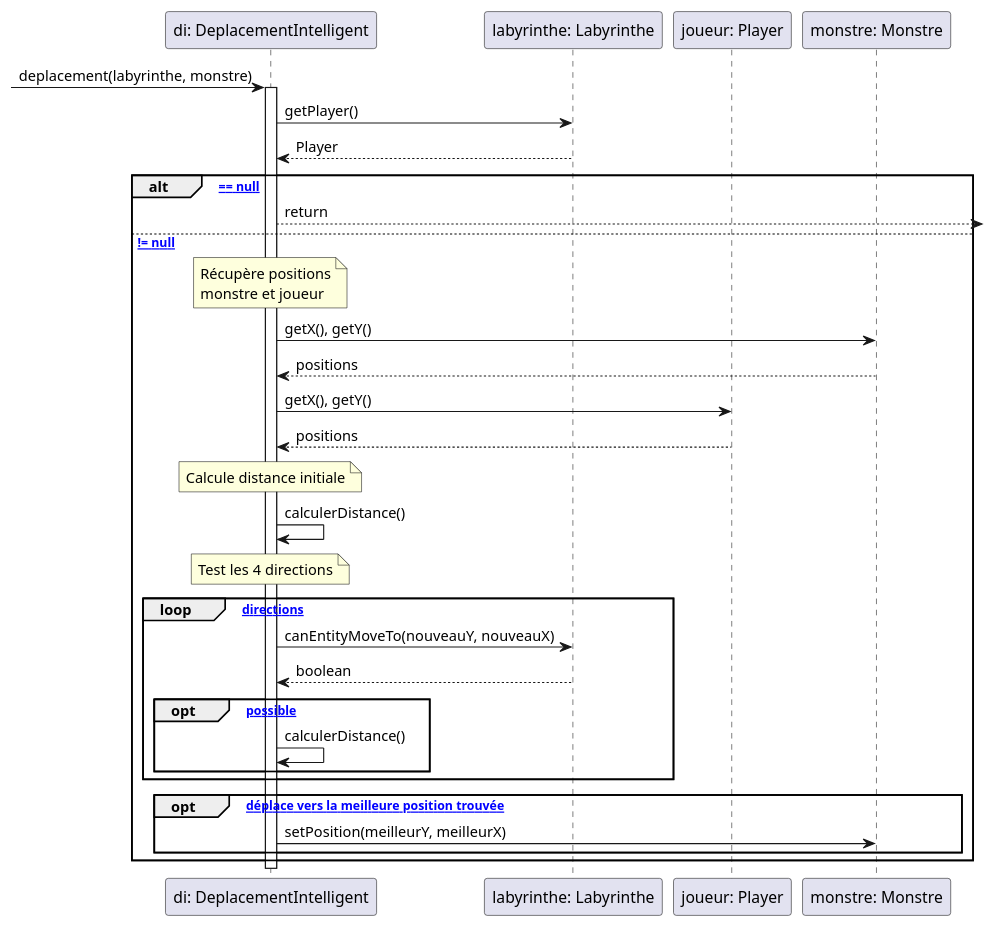
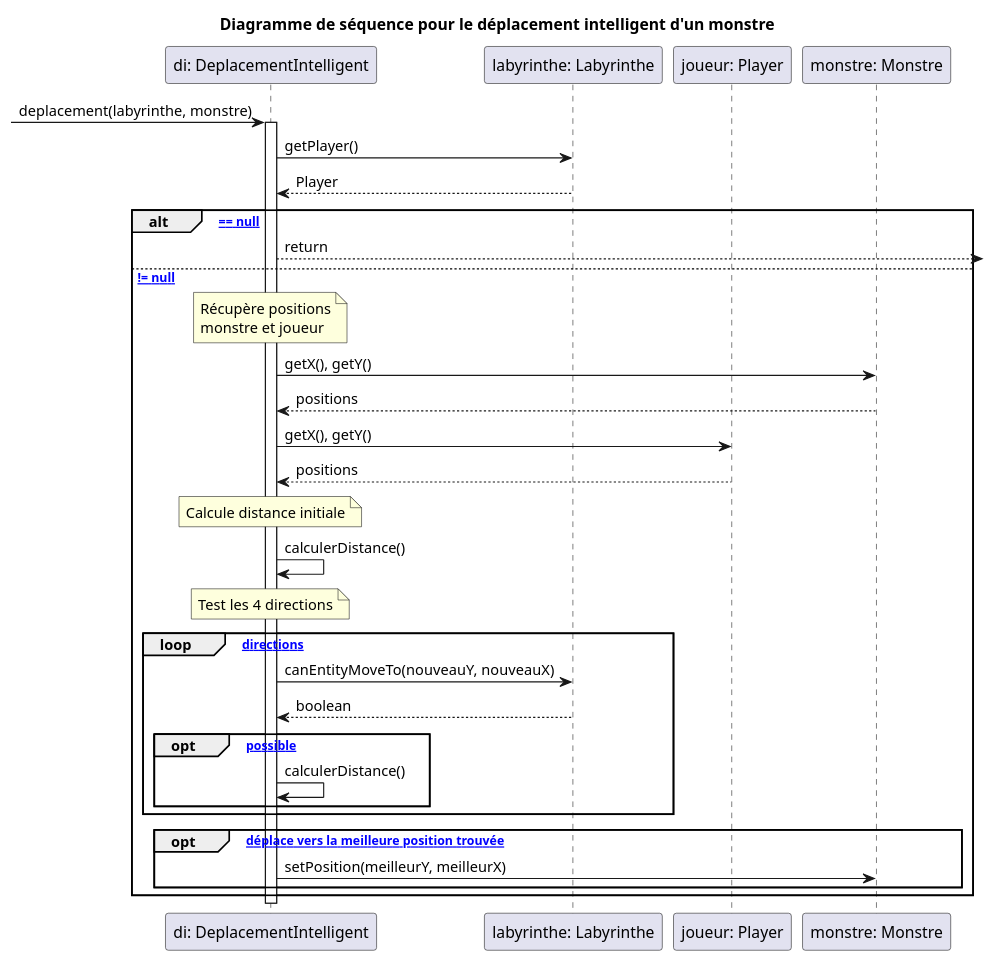
The diagram in zeldiablo/documents/iteration-3/diagrammes/deplacement/diagramme-sequence-deplacement-intelligent.puml (zonetecde/BUT_S2_2025_Zeldiablo_e22359u_e82916u_e77582u_e85474u), drawn with PlantUML before and after one commit. The commit also changed 8 other files, not shown here.

Commit message:
Correction et finalisation des diagrammes de déplacement du monstre

```diff
--- a/zeldiablo/documents/iteration-3/diagrammes/deplacement/diagramme-sequence-deplacement-intelligent.puml
+++ b/zeldiablo/documents/iteration-3/diagrammes/deplacement/diagramme-sequence-deplacement-intelligent.puml
@@ -1,43 +1,45 @@
 @startuml
+title Diagramme de séquence pour le déplacement intelligent d'un monstre
+
 participant "di: DeplacementIntelligent" as DI
 participant "labyrinthe: Labyrinthe" as Laby
 participant "joueur: Player" as Player
 participant "monstre: Monstre" as Monstre
 
 -> DI : deplacement(labyrinthe, monstre)
 activate DI
 
 DI -> Laby : getPlayer()
 Laby --> DI : Player
 
 alt [joueur == null]
     DI --> : return
 else [joueur != null]
     
     note over DI : Récupère positions\nmonstre et joueur
     DI -> Monstre : getX(), getY()
     Monstre --> DI : positions
     
     DI -> Player : getX(), getY()
     Player --> DI : positions
     
     note over DI : Calcule distance initiale
     DI -> DI : calculerDistance()
     
     note over DI : Test les 4 directions
     loop [4 directions]
         DI -> Laby : canEntityMoveTo(nouveauY, nouveauX)
         Laby --> DI : boolean
         
         opt [mouvement possible]
             DI -> DI : calculerDistance()
         end
     end
     
     opt [. déplace vers la meilleure position trouvée]
         DI -> Monstre : setPosition(meilleurY, meilleurX)
     end
 end
 
 deactivate DI
 @enduml
```
